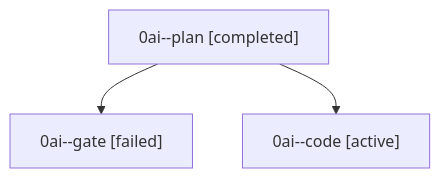
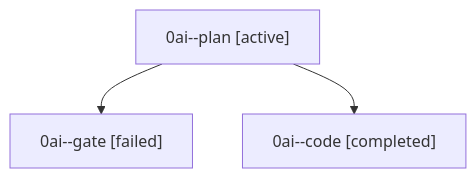
Before and after one commit to sase-org/sase--agents: the diagram in families/bbugyi200.athena.0ai.md, drawn with Mermaid. The commit also changed other lines of this file and 35830 other files, not shown here.

````diff
--- a/families/bbugyi200.athena.0ai.md
+++ b/families/bbugyi200.athena.0ai.md
@@ -9,8 +9,8 @@
 ```mermaid
 flowchart TD
-  n0["0ai--plan [completed]"]
+  n0["0ai--plan [active]"]
   n1["0ai--gate [failed]"]
   n0 --> n1
-  n2["0ai--code [active]"]
+  n2["0ai--code [completed]"]
   n0 --> n2
 ```
````
